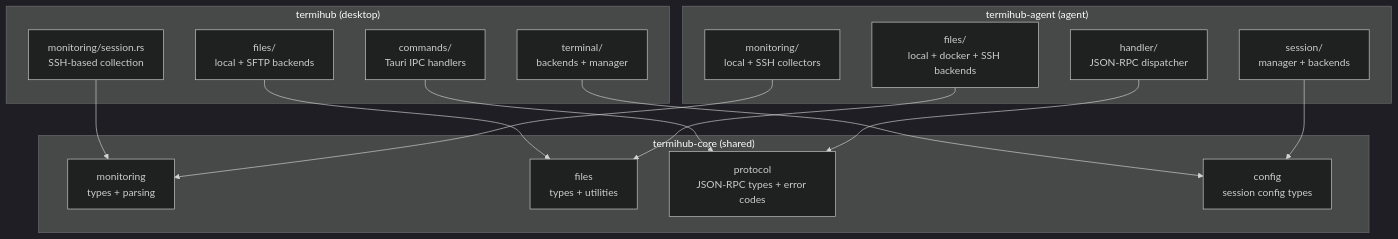
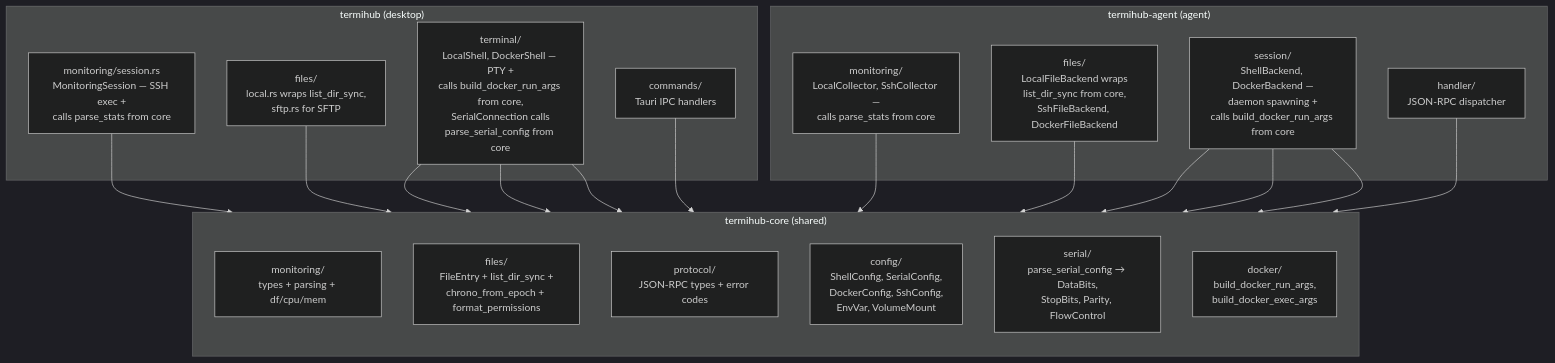
One commit to armaxri/termiHub changed the first of 9 diagrams in docs/concepts/shared-rust-core.md. Above: the diagram before and after it, drawn with Mermaid (dark theme). The commit also changed other lines of this file, not shown here.

First line of the commit message:
docs(concept): rewrite shared-rust-core with deeper backend analysis

````diff
--- a/docs/concepts/shared-rust-core.md
+++ b/docs/concepts/shared-rust-core.md
@@ -110,33 +159,40 @@
 ```mermaid
 graph TD
     subgraph "termihub-core (shared)"
-        M[monitoring<br/>types + parsing]
-        F[files<br/>types + utilities]
-        P[protocol<br/>JSON-RPC types + error codes]
-        C[config<br/>session config types]
+        direction TB
+        M[monitoring/<br/>types + parsing + df/cpu/mem]
+        F[files/<br/>FileEntry + list_dir_sync +<br/>chrono_from_epoch + format_permissions]
+        P[protocol/<br/>JSON-RPC types + error codes]
+        C[config/<br/>ShellConfig, SerialConfig,<br/>DockerConfig, SshConfig,<br/>EnvVar, VolumeMount]
+        S[serial/<br/>parse_serial_config → DataBits,<br/>StopBits, Parity, FlowControl]
+        D[docker/<br/>build_docker_run_args,<br/>build_docker_exec_args]
     end
 
     subgraph "termihub (desktop)"
-        DM[monitoring/session.rs<br/>SSH-based collection]
-        DF[files/<br/>local + SFTP backends]
-        DT[terminal/<br/>backends + manager]
+        DM[monitoring/session.rs<br/>MonitoringSession — SSH exec +<br/>calls parse_stats from core]
+        DF[files/<br/>local.rs wraps list_dir_sync,<br/>sftp.rs for SFTP]
+        DT[terminal/<br/>LocalShell, DockerShell — PTY +<br/>calls build_docker_run_args from core,<br/>SerialConnection calls<br/>parse_serial_config from core]
         DC[commands/<br/>Tauri IPC handlers]
     end
 
     subgraph "termihub-agent (agent)"
-        AM[monitoring/<br/>local + SSH collectors]
-        AF[files/<br/>local + docker + SSH backends]
-        AS[session/<br/>manager + backends]
+        AM[monitoring/<br/>LocalCollector, SshCollector —<br/>calls parse_stats from core]
+        AF[files/<br/>LocalFileBackend wraps<br/>list_dir_sync from core,<br/>SshFileBackend, DockerFileBackend]
+        AS[session/<br/>ShellBackend, DockerBackend —<br/>daemon spawning +<br/>calls build_docker_run_args from core]
         AH[handler/<br/>JSON-RPC dispatcher]
     end
 
     DM --> M
     DF --> F
     DT --> C
+    DT --> S
+    DT --> D
     DC --> P
 
     AM --> M
     AF --> F
     AS --> C
+    AS --> S
+    AS --> D
     AH --> P
 ```
````
